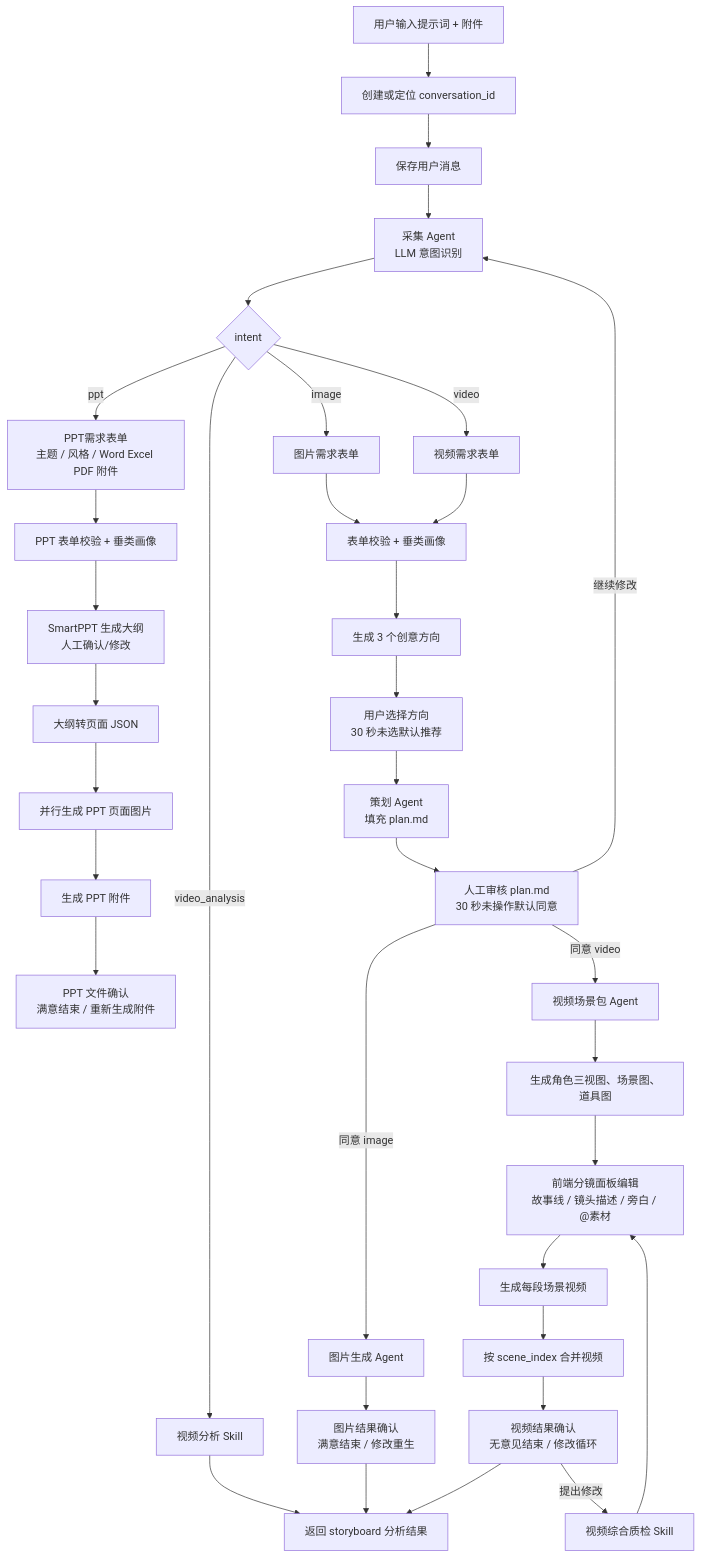
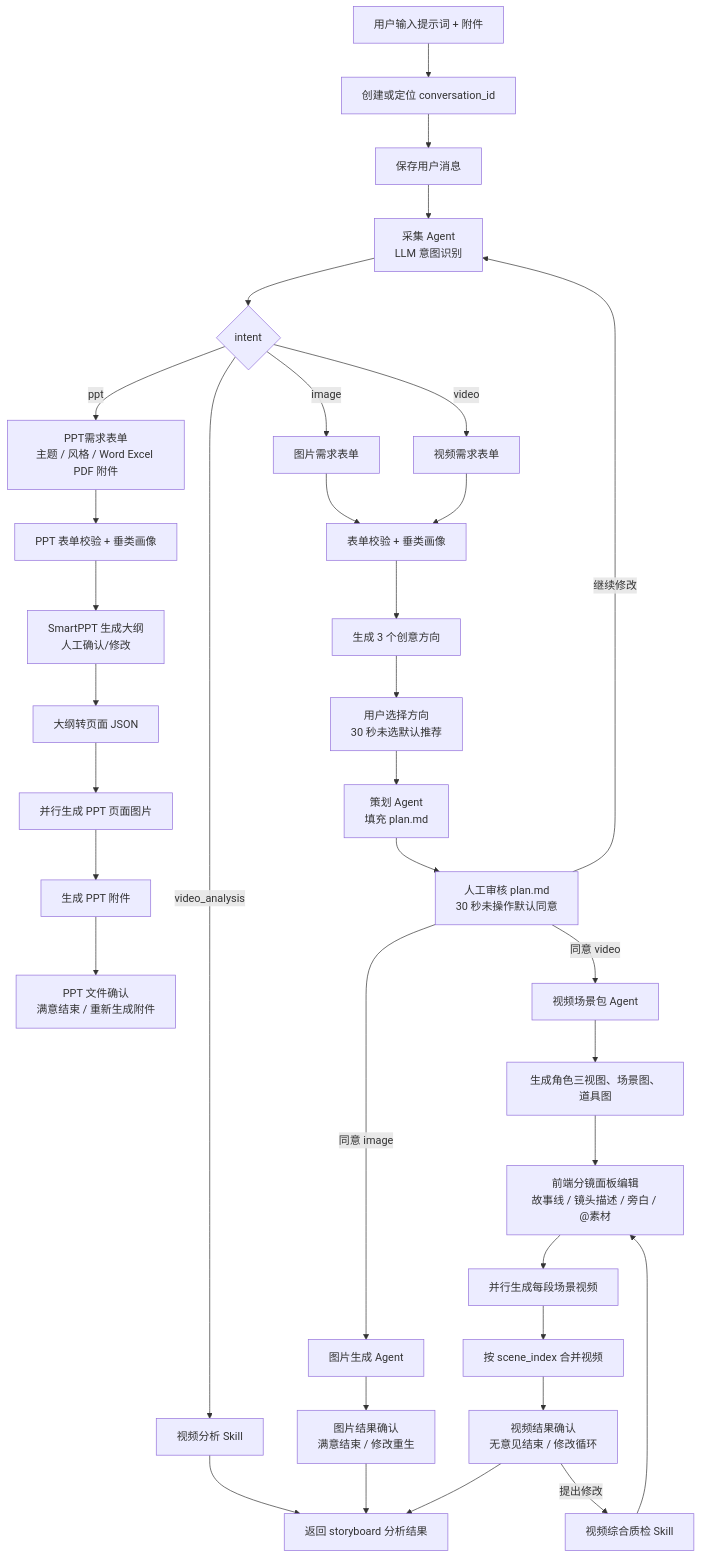
Before and after one commit to joyslxd/pixelflow: the second of 7 diagrams in docs/pixelflow-agent-skill-flow-latest-design.md, drawn with Mermaid. The commit also changed other lines of this file and 7 other files, not shown here.

````diff
--- a/docs/pixelflow-agent-skill-flow-latest-design.md
+++ b/docs/pixelflow-agent-skill-flow-latest-design.md
@@ -45,37 +45,37 @@
 ```mermaid
 flowchart TD
   A["用户输入提示词 + 附件"] --> B["创建或定位 conversation_id"]
   B --> C["保存用户消息"]
   C --> D["采集 Agent<br/>LLM 意图识别"]
   D --> E{"intent"}
   E -->|"video_analysis"| VA["视频分析 Skill"]
   E -->|"image"| IF["图片需求表单"]
   E -->|"video"| VF["视频需求表单"]
   E -->|"ppt"| PF["PPT需求表单<br/>主题 / 风格 / Word Excel PDF 附件"]
   IF --> IV["表单校验 + 垂类画像"]
   VF --> IV
   PF --> PIV["PPT 表单校验 + 垂类画像"]
   PIV --> PSUM["SmartPPT 生成大纲<br/>人工确认/修改"]
   PSUM --> PJSON["大纲转页面 JSON"]
   PJSON --> PIMG["并行生成 PPT 页面图片"]
   PIMG --> PFILE["生成 PPT 附件"]
   PFILE --> PDONE["PPT 文件确认<br/>满意结束 / 重新生成附件"]
   IV --> DIR["生成 3 个创意方向"]
   DIR --> CHOOSE["用户选择方向<br/>30 秒未选默认推荐"]
   CHOOSE --> PLAN["策划 Agent<br/>填充 plan.md"]
   PLAN --> REVIEW["人工审核 plan.md<br/>30 秒未操作默认同意"]
   REVIEW -->|"继续修改"| D
   REVIEW -->|"同意 image"| IMG["图片生成 Agent"]
   REVIEW -->|"同意 video"| VP["视频场景包 Agent"]
   IMG --> IR["图片结果确认<br/>满意结束 / 修改重生"]
   VP --> SA["生成角色三视图、场景图、道具图"]
   SA --> SB["前端分镜面板编辑<br/>故事线 / 镜头描述 / 旁白 / @素材"]
-  SB --> SV["生成每段场景视频"]
+  SB --> SV["并行生成每段场景视频"]
   SV --> MERGE["按 scene_index 合并视频"]
   MERGE --> VR["视频结果确认<br/>无意见结束 / 修改循环"]
   VR -->|"提出修改"| QC["视频综合质检 Skill"]
   QC --> SB
   VA --> DONE["返回 storyboard 分析结果"]
   IR --> DONE
   VR --> DONE
 ```
````
